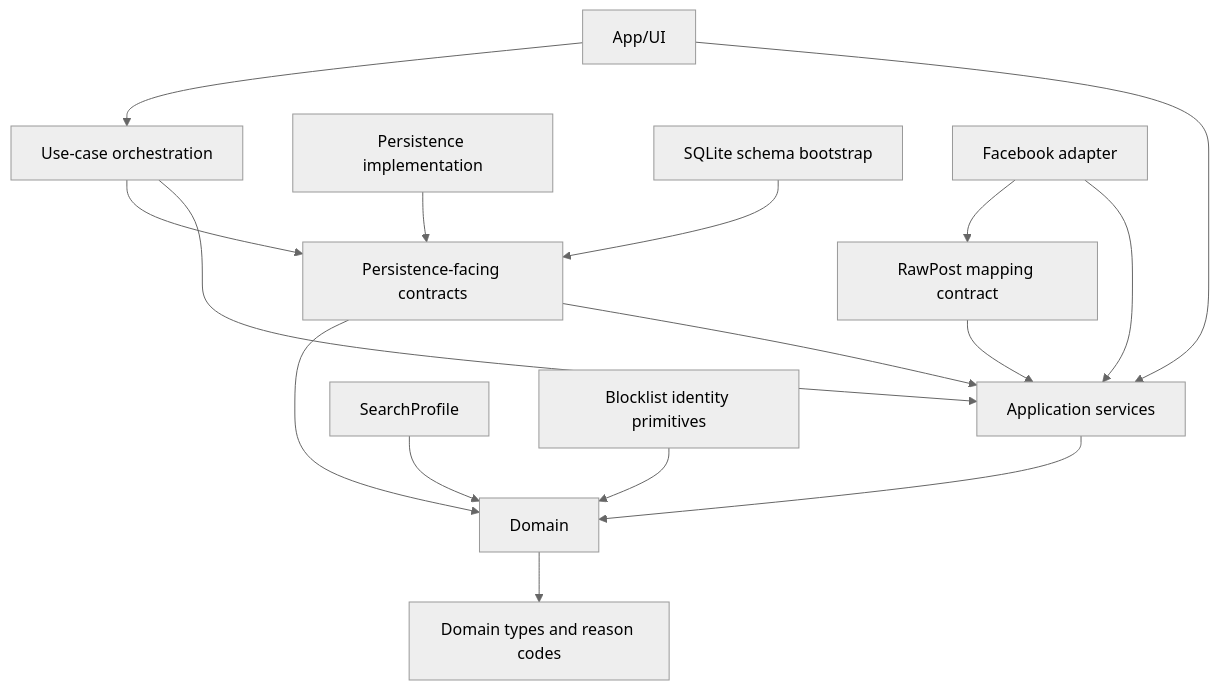
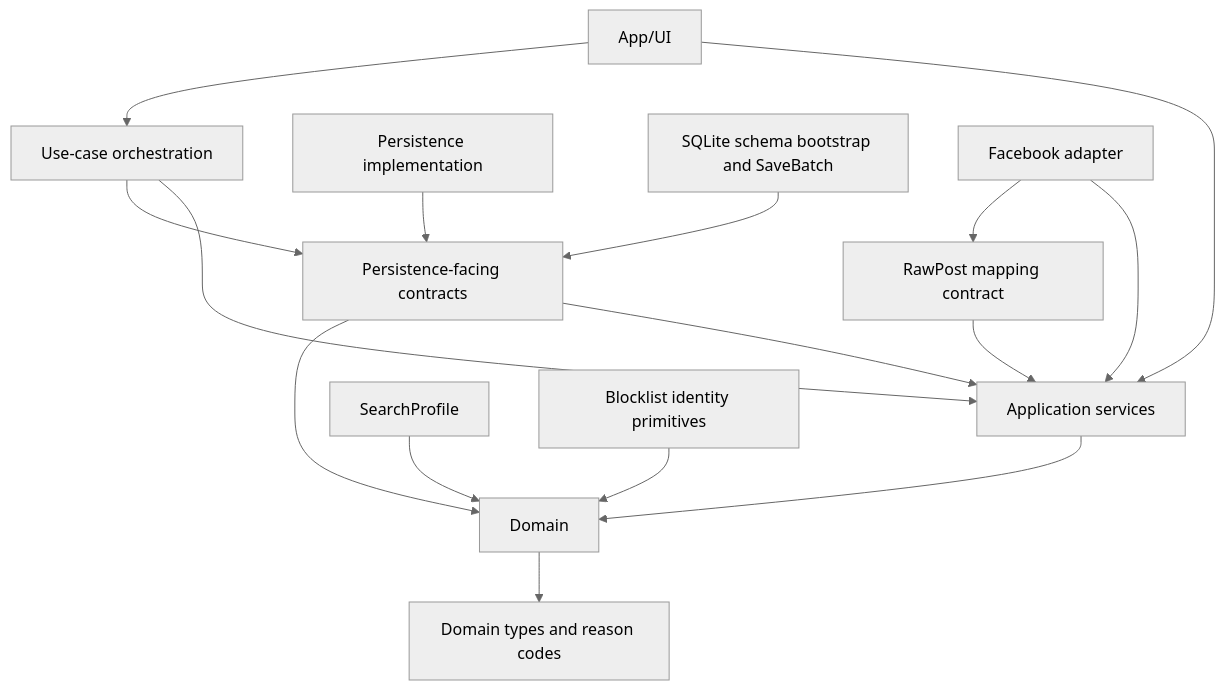
One commit to soleda2026/ScanFB changed the diagram in docs/CODE_GRAPH.md. Above: the diagram before and after it, drawn with Mermaid (neutral theme). The commit also changed other lines of this file and 9 other files, not shown here.

Commit message:
feat(persistence): add transactional SQLite batch save

````diff
--- a/docs/CODE_GRAPH.md
+++ b/docs/CODE_GRAPH.md
@@ -7,18 +7,18 @@
 ```mermaid
 flowchart TD
     UI["App/UI"] --> APP["Application services"]
     UI --> ORCH["Use-case orchestration"]
     ORCH --> APP
     ORCH --> PERSIST_CONTRACT
     APP --> DOMAIN["Domain"]
     PERSIST_CONTRACT["Persistence-facing contracts"] --> APP
     PERSIST_CONTRACT --> DOMAIN
     PERSIST_IMPL["Persistence implementation"] --> PERSIST_CONTRACT
-    SQLITE["SQLite schema bootstrap"] --> PERSIST_CONTRACT
+    SQLITE["SQLite schema bootstrap and SaveBatch"] --> PERSIST_CONTRACT
     FB["Facebook adapter"] --> APP
     FB --> RAW["RawPost mapping contract"]
     RAW --> APP
     PROFILE["SearchProfile"] --> DOMAIN
     DOMAIN --> TYPES["Domain types and reason codes"]
     BLOCKLIST["Blocklist identity primitives"] --> DOMAIN
 ```
````
